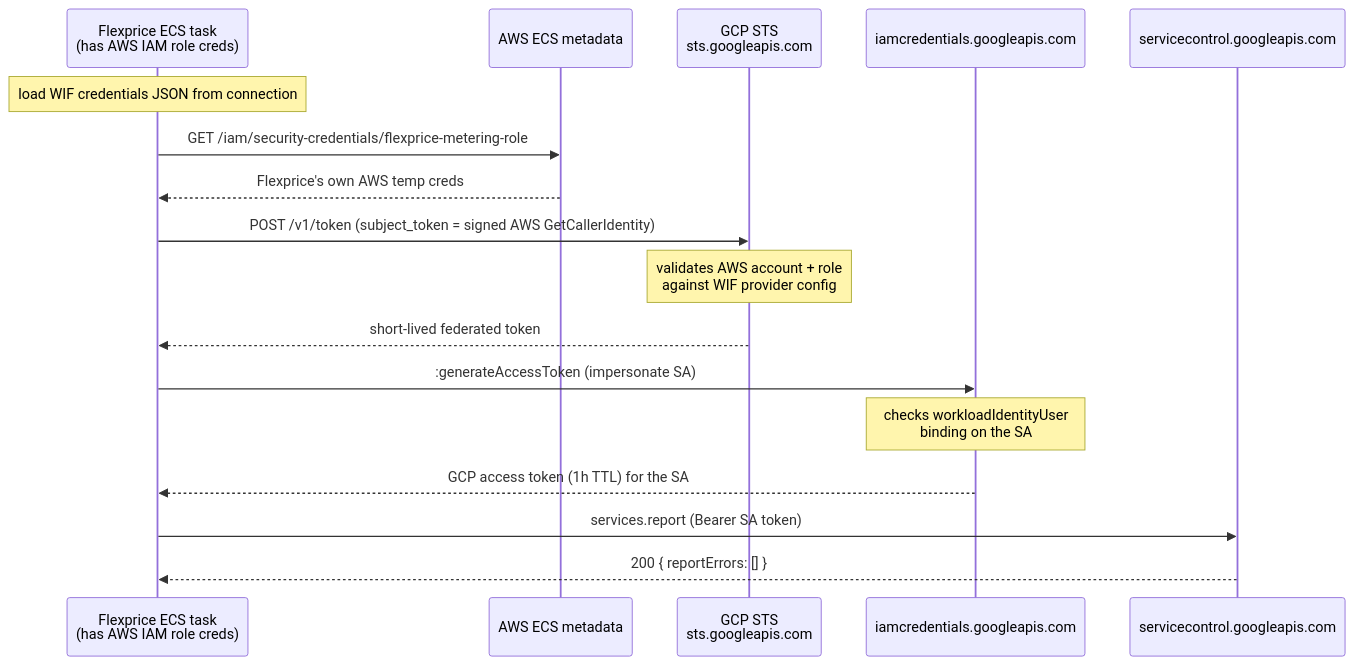
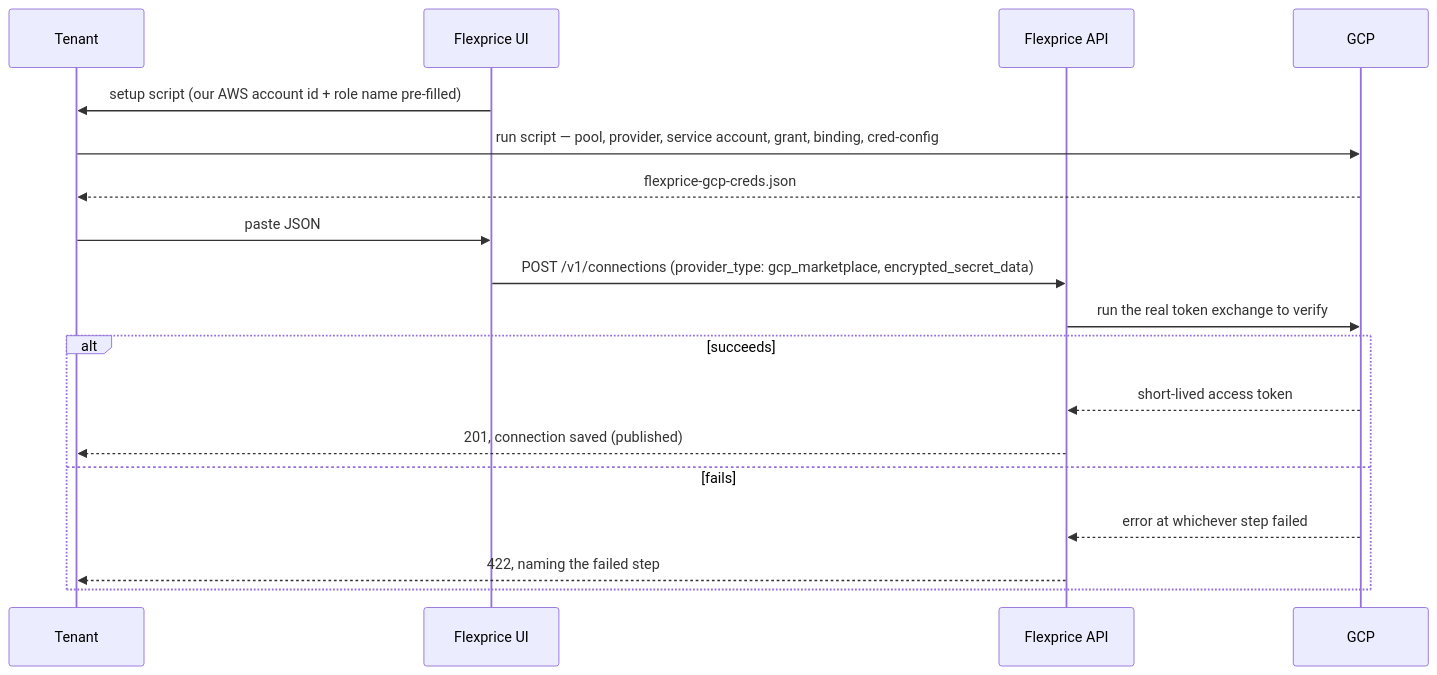
One commit to flexprice/flexprice changed the second of 4 diagrams in docs/design/2026-07-18-FLE-981-marketplace-integration-v2.md. Above: the diagram before and after it, drawn with Mermaid. The commit also changed other lines of this file, not shown here.

Commit message:
refactor(docs): Revise Marketplace Integration design document for clarity and structure

````diff
--- a/docs/design/2026-07-18-FLE-981-marketplace-integration-v2.md
+++ b/docs/design/2026-07-18-FLE-981-marketplace-integration-v2.md
@@ -74,20 +633,21 @@
 ```mermaid
 sequenceDiagram
-    participant FP as Flexprice ECS task<br/>(has AWS IAM role creds)
-    participant Meta as AWS ECS metadata
-    participant GSTS as GCP STS<br/>sts.googleapis.com
-    participant GIAM as iamcredentials.googleapis.com
-    participant SC as servicecontrol.googleapis.com
+    participant Tenant
+    participant FE as Flexprice UI
+    participant API as Flexprice API
+    participant GCP
 
-    Note over FP: load WIF credentials JSON from connection
-    FP->>Meta: GET /iam/security-credentials/flexprice-metering-role
-    Meta-->>FP: Flexprice's own AWS temp creds
-    FP->>GSTS: POST /v1/token (subject_token = signed AWS GetCallerIdentity)
-    Note over GSTS: validates AWS account + role<br/>against WIF provider config
-    GSTS-->>FP: short-lived federated token
-    FP->>GIAM: :generateAccessToken (impersonate SA)
-    Note over GIAM: checks workloadIdentityUser<br/>binding on the SA
-    GIAM-->>FP: GCP access token (1h TTL) for the SA
-    FP->>SC: services.report (Bearer SA token)
-    SC-->>FP: 200 { reportErrors: [] }
+    FE->>Tenant: setup script (our AWS account id + role name pre-filled)
+    Tenant->>GCP: run script — pool, provider, service account, grant, binding, cred-config
+    GCP-->>Tenant: flexprice-gcp-creds.json
+    Tenant->>FE: paste JSON
+    FE->>API: POST /v1/connections (provider_type: gcp_marketplace, encrypted_secret_data)
+    API->>GCP: run the real token exchange to verify
+    alt succeeds
+        GCP-->>API: short-lived access token
+        API-->>Tenant: 201, connection saved (published)
+    else fails
+        GCP-->>API: error at whichever step failed
+        API-->>Tenant: 422, naming the failed step
+    end
 ```
````
